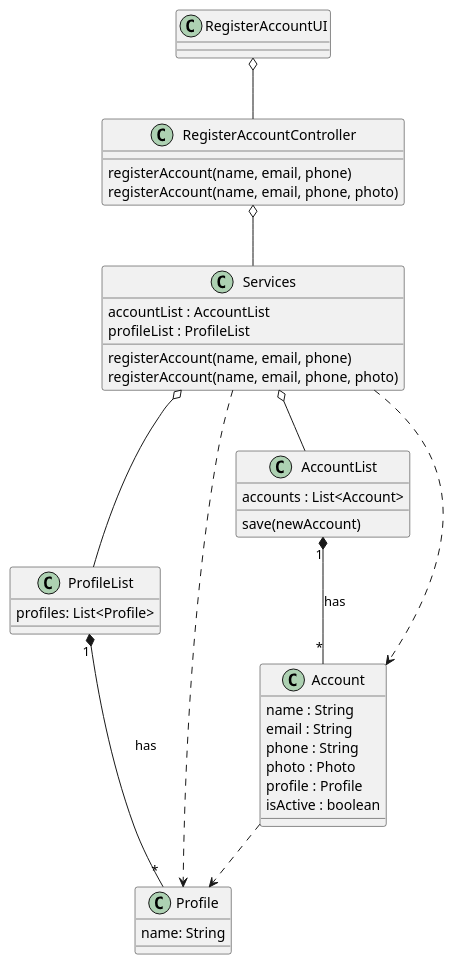
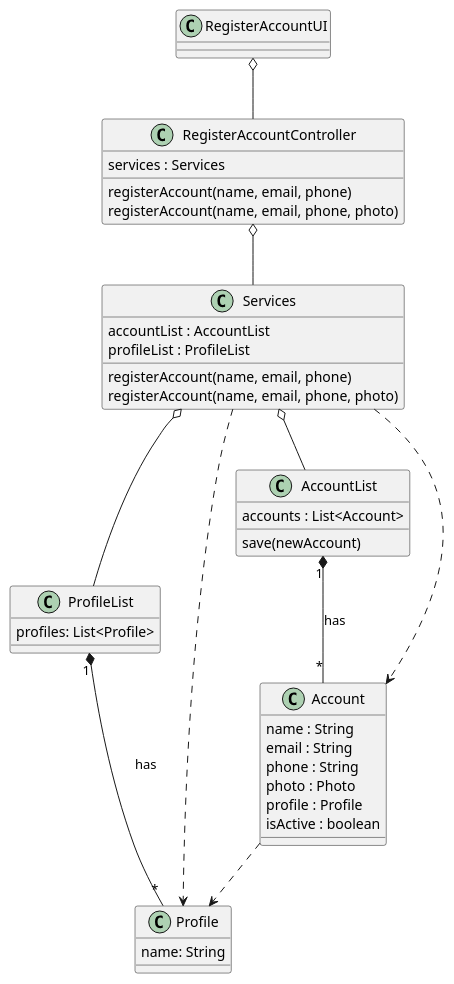
One commit to ivo-menezes/project_g3 changed the diagram in docs/modelling_design/user_stories/us002/US002_RegisterUserCD.puml. Above: the diagram before and after it, drawn with PlantUML. The commit also changed 1 other file, not shown here.

```diff
--- a/docs/modelling_design/user_stories/us002/US002_RegisterUserCD.puml
+++ b/docs/modelling_design/user_stories/us002/US002_RegisterUserCD.puml
@@ -1,49 +1,50 @@
 @startuml
 
 class RegisterAccountUI {}
 
 class RegisterAccountController {
+services : Services
 registerAccount(name, email, phone)
 registerAccount(name, email, phone, photo)
 }
 
 class Services {
 accountList : AccountList
 profileList : ProfileList
 registerAccount(name, email, phone)
 registerAccount(name, email, phone, photo)
 }
 
 class ProfileList {
 profiles: List<Profile>
 }
 
 class AccountList {
 accounts : List<Account>
 save(newAccount)
 }
 
 class Profile {
 name: String
 }
 
 class Account {
 name : String
 email : String
 phone : String
 photo : Photo
 profile : Profile
 isActive : boolean
 }
 
 RegisterAccountUI o-- RegisterAccountController
 RegisterAccountController o-- Services
 Services o-- ProfileList
 Services ..> Profile
 Services o-- AccountList
 Services ..> Account
 Account ..> Profile
 AccountList "1" *-- "*" Account : has
 ProfileList "1" *-- "*" Profile : has
 
 @enduml
```
